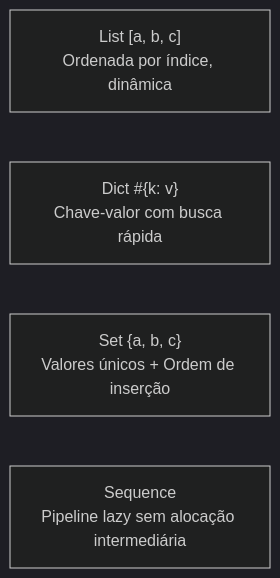
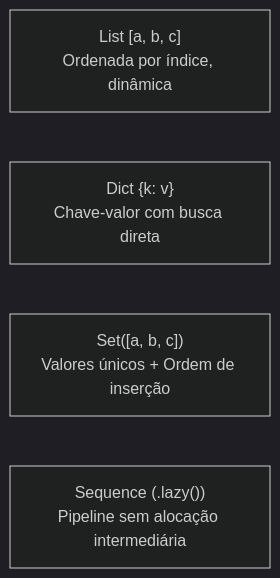
The diagram in docs/manual/stdlib.md (poppy-team/aipo-lang), drawn with Mermaid (dark theme) before and after one commit. The commit also changed other lines of this file and 51 other files, not shown here.

````diff
--- a/docs/manual/stdlib.md
+++ b/docs/manual/stdlib.md
@@ -173,7 +174,7 @@
 ```mermaid
 graph LR
     List["List [a, b, c]<br>Ordenada por índice, dinâmica"]
-    Dict["Dict #{k: v}<br>Chave-valor com busca rápida"]
-    Set["Set {a, b, c}<br>Valores únicos + Ordem de inserção"]
-    Sequence["Sequence<br>Pipeline lazy sem alocação intermediária"]
+    Dict["Dict {k: v}<br>Chave-valor com busca direta"]
+    Set["Set([a, b, c])<br>Valores únicos + Ordem de inserção"]
+    Sequence["Sequence (.lazy())<br>Pipeline sem alocação intermediária"]
 ```
````
